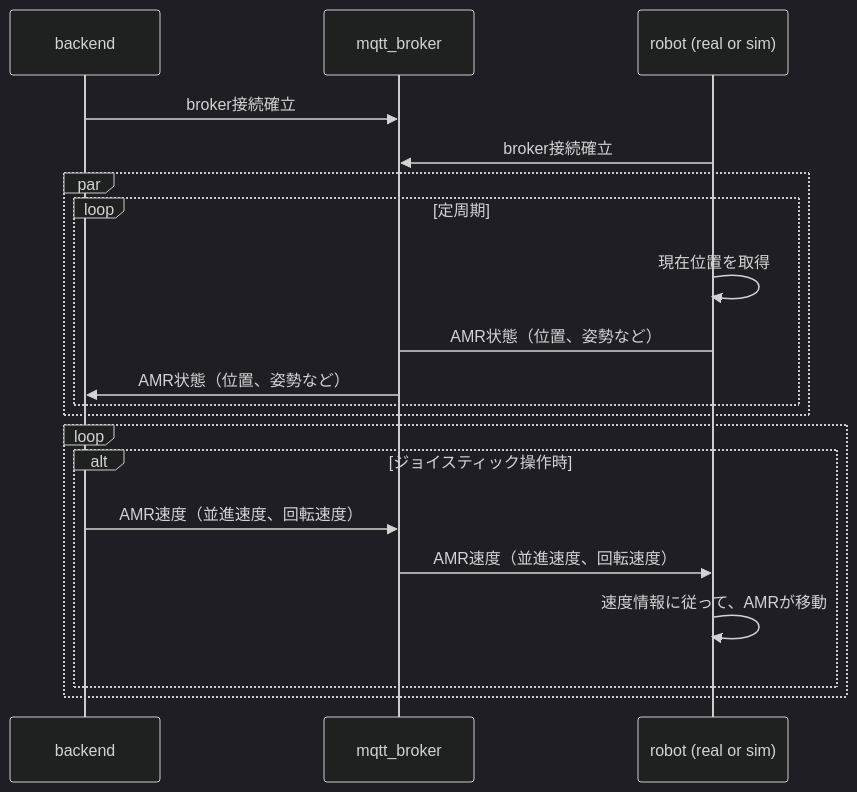
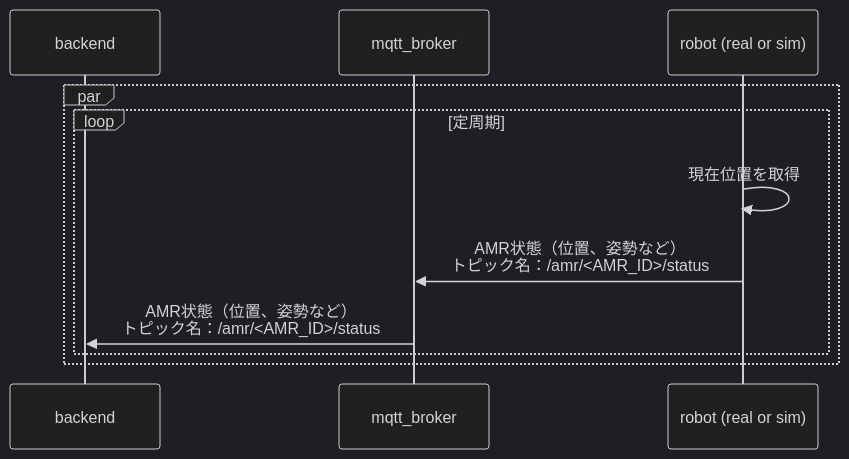
One commit to akinami3/robot-ml-web-app changed the third of 12 diagrams in README.md. Above: the diagram before and after it, drawn with Mermaid (dark theme). The commit also changed other lines of this file, not shown here.

````diff
--- a/README.md
+++ b/README.md
@@ -6,26 +50,18 @@
 ```mermaid
 sequenceDiagram
   participant backend
   participant mqtt_broker
   participant robot as robot (real or sim)
 
-  backend ->> mqtt_broker: broker接続確立
-  robot ->> mqtt_broker: broker接続確立
   
   par
     loop 定周期
       robot ->> robot: 現在位置を取得
-      robot -> mqtt_broker: AMR状態（位置、姿勢など）
-      mqtt_broker ->> backend: AMR状態（位置、姿勢など）
+      robot ->> mqtt_broker: AMR状態（位置、姿勢など）<br>トピック名：/amr/<AMR_ID>/status
+      mqtt_broker ->> backend: AMR状態（位置、姿勢など）<br>トピック名：/amr/<AMR_ID>/status
     end
   end
 
-  loop
-    alt　ジョイスティック操作時
-      backend ->> mqtt_broker: AMR速度（並進速度、回転速度）
-      mqtt_broker ->> robot: AMR速度（並進速度、回転速度）
-      robot ->> robot: 速度情報に従って、AMRが移動
-    end
-  end
+
 
 ```
````
